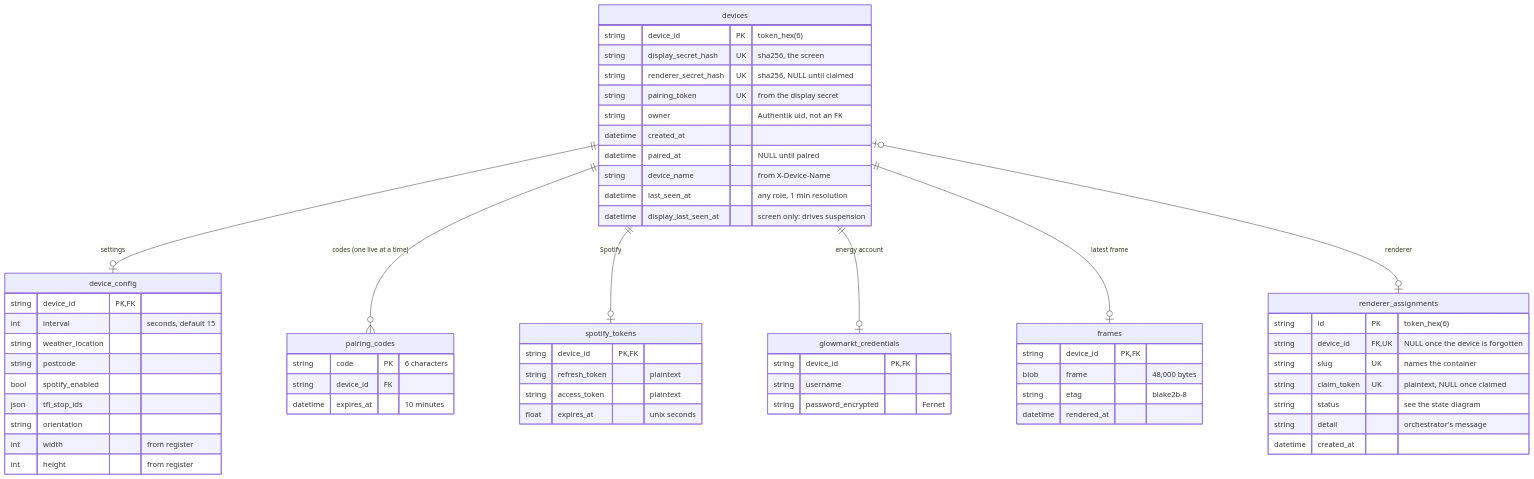
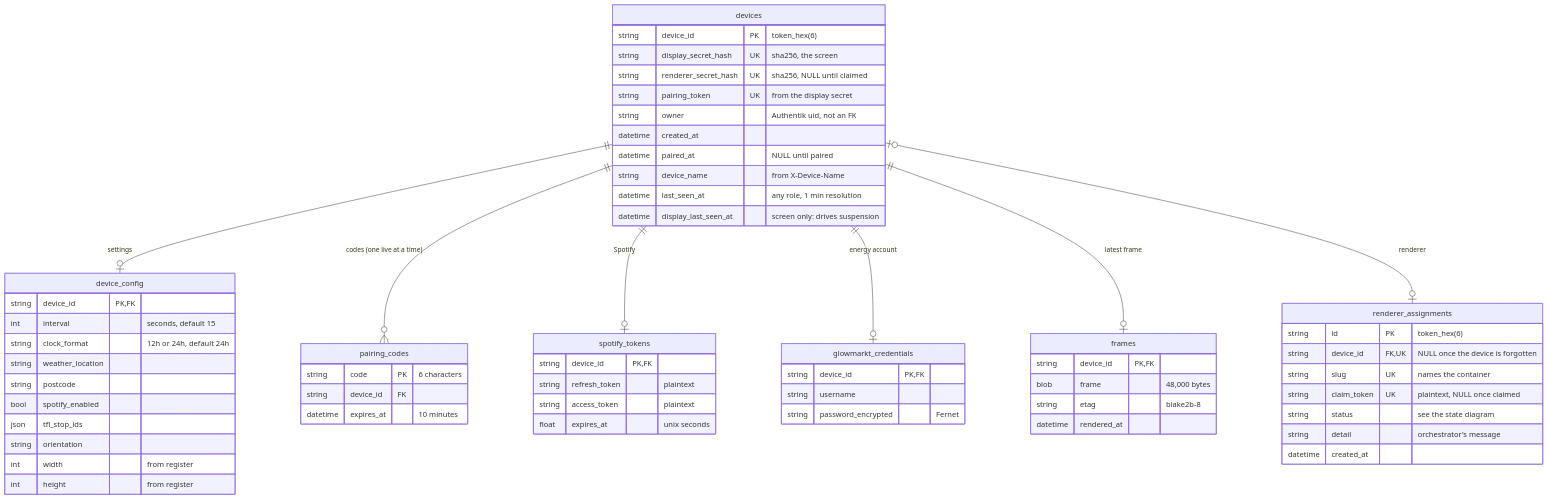
One commit to nvorkinn/auth-broker changed the diagram in docs/database.md. Above: the diagram before and after it, drawn with Mermaid. The commit also changed other lines of this file and 11 other files, not shown here.

````diff
--- a/docs/database.md
+++ b/docs/database.md
@@ -8,64 +8,65 @@
 ```mermaid
 erDiagram
     devices ||--o| device_config : "settings"
     devices ||--o{ pairing_codes : "codes (one live at a time)"
     devices ||--o| spotify_tokens : "Spotify"
     devices ||--o| glowmarkt_credentials : "energy account"
     devices ||--o| frames : "latest frame"
     devices |o--o| renderer_assignments : "renderer"
 
     devices {
         string device_id PK "token_hex(6)"
         string display_secret_hash UK "sha256, the screen"
         string renderer_secret_hash UK "sha256, NULL until claimed"
         string pairing_token UK "from the display secret"
         string owner "Authentik uid, not an FK"
         datetime created_at
         datetime paired_at "NULL until paired"
         string device_name "from X-Device-Name"
         datetime last_seen_at "any role, 1 min resolution"
         datetime display_last_seen_at "screen only: drives suspension"
     }
     device_config {
         string device_id PK, FK
         int interval "seconds, default 15"
+        string clock_format "12h or 24h, default 24h"
         string weather_location
         string postcode
         bool spotify_enabled
         json tfl_stop_ids
         string orientation
         int width "from register"
         int height "from register"
     }
     pairing_codes {
         string code PK "6 characters"
         string device_id FK
         datetime expires_at "10 minutes"
     }
     spotify_tokens {
         string device_id PK, FK
         string refresh_token "plaintext"
         string access_token "plaintext"
         float expires_at "unix seconds"
     }
     glowmarkt_credentials {
         string device_id PK, FK
         string username
         string password_encrypted "Fernet"
     }
     frames {
         string device_id PK, FK
         blob frame "48,000 bytes"
         string etag "blake2b-8"
         datetime rendered_at
     }
     renderer_assignments {
         string id PK "token_hex(6)"
         string device_id FK, UK "NULL once the device is forgotten"
         string slug UK "names the container"
         string claim_token UK "plaintext, NULL once claimed"
         string status "see the state diagram"
         string detail "orchestrator's message"
         datetime created_at
     }
 ```
````
